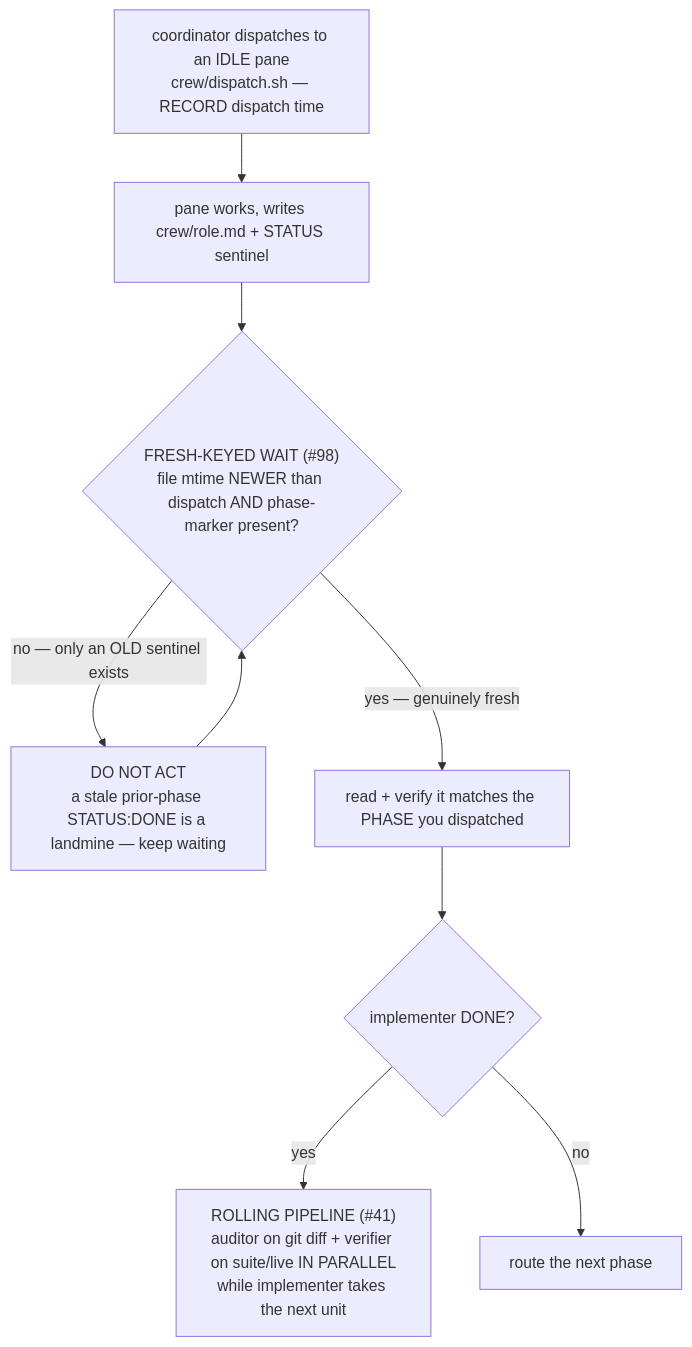
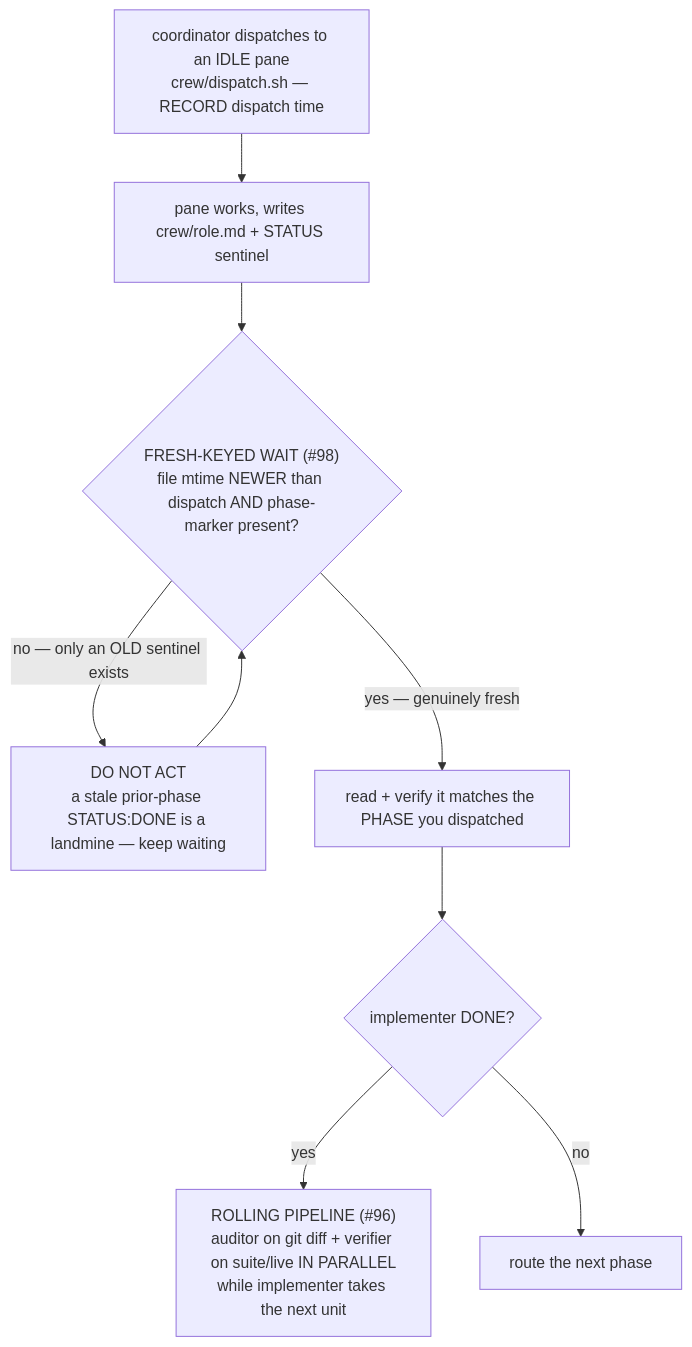
Before and after one commit to HenriGeorge/AutoCue: the third of 4 diagrams in docs/crew-workflow-guardrails.md, drawn with Mermaid. The commit also changed other lines of this file and 2 other files, not shown here.

````diff
--- a/docs/crew-workflow-guardrails.md
+++ b/docs/crew-workflow-guardrails.md
@@ -98,11 +98,11 @@
 ```mermaid
 flowchart TD
     A["coordinator dispatches to an IDLE pane<br/>crew/dispatch.sh — RECORD dispatch time"] --> B["pane works, writes crew/role.md + STATUS sentinel"]
     B --> W{"FRESH-KEYED WAIT (#98)<br/>file mtime NEWER than dispatch AND phase-marker present?"}
     W -->|"no — only an OLD sentinel exists"| STALE["DO NOT ACT<br/>a stale prior-phase STATUS:DONE is a landmine — keep waiting"]
     STALE --> W
     W -->|"yes — genuinely fresh"| R["read + verify it matches the PHASE you dispatched"]
     R --> P{"implementer DONE?"}
-    P -->|"yes"| ROLL["ROLLING PIPELINE (#41)<br/>auditor on git diff + verifier on suite/live IN PARALLEL<br/>while implementer takes the next unit"]
+    P -->|"yes"| ROLL["ROLLING PIPELINE (#96)<br/>auditor on git diff + verifier on suite/live IN PARALLEL<br/>while implementer takes the next unit"]
     P -->|"no"| NEXT["route the next phase"]
 ```
````
